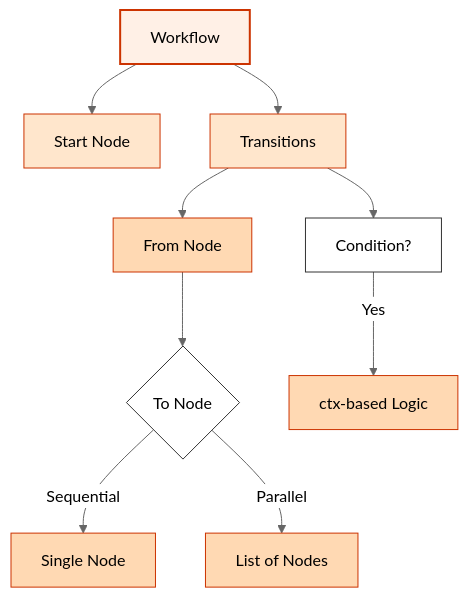
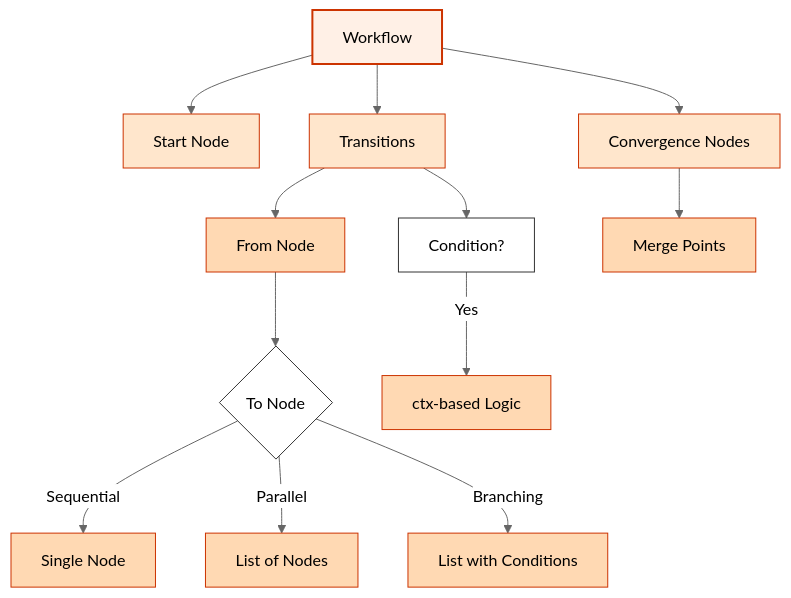
The fifth of 6 diagrams in quantalogic/flow/flow_yaml.md (quantalogic/quantalogic), drawn with Mermaid (neutral theme) before and after one commit. The commit also changed other lines of this file and 10 other files, not shown here.

Commit message:
udpate flow language

````diff
--- a/quantalogic/flow/flow_yaml.md
+++ b/quantalogic/flow/flow_yaml.md
@@ -444,20 +467,26 @@
 ```mermaid
 graph TD
     A[Workflow] --> B[Start Node]
     A --> C[Transitions]
     C --> D[From Node]
     D --> E{To Node}
     E -->|Sequential| F[Single Node]
     E -->|Parallel| G[List of Nodes]
-    C --> H[Condition?]
-    H -->|Yes| I[ctx-based Logic]
+    E -->|Branching| H[List with Conditions]
+    C --> I[Condition?]
+    I -->|Yes| J[ctx-based Logic]
+    A --> K[Convergence Nodes]
+    K --> L[Merge Points]
     style A fill:#fff0e6,stroke:#cc3300,stroke-width:2px
     style B fill:#ffe6cc,stroke:#cc3300
     style C fill:#ffe6cc,stroke:#cc3300
     style D fill:#ffd9b3,stroke:#cc3300
     style E fill:#fff,stroke:#333
     style F fill:#ffd9b3,stroke:#cc3300
     style G fill:#ffd9b3,stroke:#cc3300
-    style H fill:#fff,stroke:#333
-    style I fill:#ffd9b3,stroke:#cc3300
+    style H fill:#ffd9b3,stroke:#cc3300
+    style I fill:#fff,stroke:#333
+    style J fill:#ffd9b3,stroke:#cc3300
+    style K fill:#ffe6cc,stroke:#cc3300
+    style L fill:#ffd9b3,stroke:#cc3300
 ```
````
